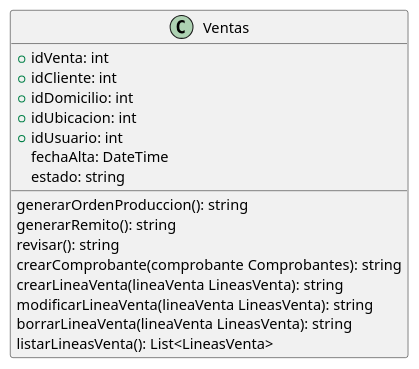
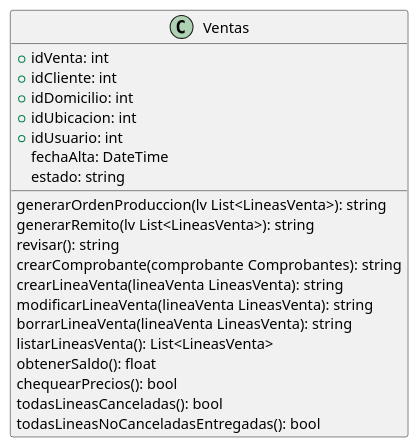
One commit to ZMGestion/DocumentacionZMGestion changed the diagram in DiagramaClases/Clases/Ventas.puml. Above: the diagram before and after it, drawn with PlantUML. The commit also changed 7 other files, not shown here.

```diff
--- a/DiagramaClases/Clases/Ventas.puml
+++ b/DiagramaClases/Clases/Ventas.puml
@@ -1,20 +1,25 @@
 @startuml Ventas
 class Ventas{
     +idVenta: int
     +idCliente: int
     +idDomicilio: int
     +idUbicacion: int
     +idUsuario: int
     fechaAlta: DateTime
     estado: string
 
-    generarOrdenProduccion(): string
-    generarRemito(): string
+    generarOrdenProduccion(lv List<LineasVenta>): string
+    generarRemito(lv List<LineasVenta>): string
     revisar(): string
     crearComprobante(comprobante Comprobantes): string
     crearLineaVenta(lineaVenta LineasVenta): string
     modificarLineaVenta(lineaVenta LineasVenta): string
     borrarLineaVenta(lineaVenta LineasVenta): string
     listarLineasVenta(): List<LineasVenta>
+    obtenerSaldo(): float
+    chequearPrecios(): bool
+    todasLineasCanceladas(): bool
+    todasLineasNoCanceladasEntregadas(): bool
+
 }
 @enduml
```
